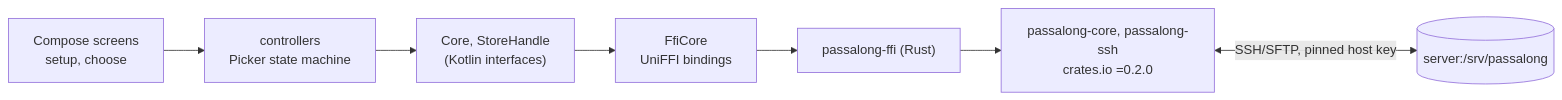
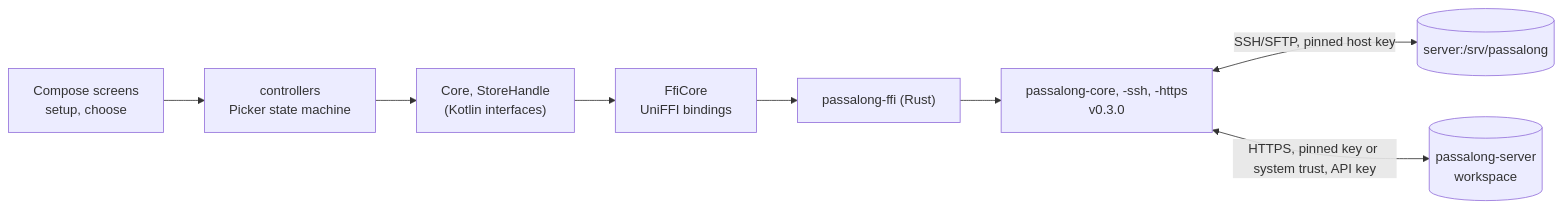
Before and after one commit to joelee/passalong-android: the diagram in README.md, drawn with Mermaid. The commit also changed other lines of this file and 7 other files, not shown here.

````diff
--- a/README.md
+++ b/README.md
@@ -12,9 +13,10 @@
 ```mermaid
 flowchart LR
     screen["Compose screens<br/>setup, choose"] --> ctl["controllers<br/>Picker state machine"]
     ctl --> core["Core, StoreHandle<br/>(Kotlin interfaces)"]
     core --> ffi["FfiCore<br/>UniFFI bindings"]
     ffi --> rust["passalong-ffi (Rust)"]
-    rust --> crates["passalong-core, passalong-ssh<br/>crates.io =0.2.0"]
+    rust --> crates["passalong-core, -ssh, -https<br/>v0.3.0"]
     crates <-- "SSH/SFTP, pinned host key" --> server[("server:/srv/passalong")]
+    crates <-- "HTTPS, pinned key or system trust, API key" --> ps[("passalong-server<br/>workspace")]
 ```
````
